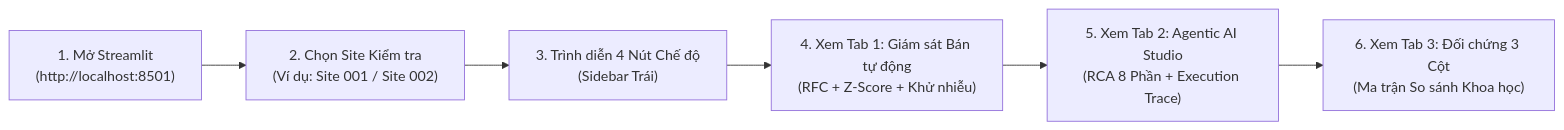
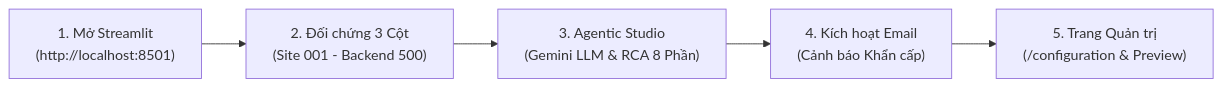
Before and after one commit to longnguyen97-full/website-operations-support-assistant: the diagram in PRESENTATION.md, drawn with Mermaid. The commit also changed other lines of this file and 30 other files, not shown here.

````diff
--- a/PRESENTATION.md
+++ b/PRESENTATION.md
@@ -84,8 +318,7 @@
 ```mermaid
 flowchart LR
-    A["1. Mở Streamlit\n(http://localhost:8501)"] --> B["2. Chọn Site Kiểm tra\n(Ví dụ: Site 001 / Site 002)"]
-    B --> C["3. Trình diễn 4 Nút Chế độ\n(Sidebar Trái)"]
-    C --> D["4. Xem Tab 1: Giám sát Bán tự động\n(RFC + Z-Score + Khử nhiễu)"]
-    D --> E["5. Xem Tab 2: Agentic AI Studio\n(RCA 8 Phần + Execution Trace)"]
-    E --> F["6. Xem Tab 3: Đối chứng 3 Cột\n(Ma trận So sánh Khoa học)"]
+    A["1. Mở Streamlit\n(http://localhost:8501)"] --> B["2. Đối chứng 3 Cột\n(Site 001 - Backend 500)"]
+    B --> C["3. Agentic Studio\n(Gemini LLM & RCA 8 Phần)"]
+    C --> D["4. Kích hoạt Email\n(Cảnh báo Khẩn cấp)"]
+    D --> E["5. Trang Quản trị\n(/configuration & Preview)"]
 ```
````
